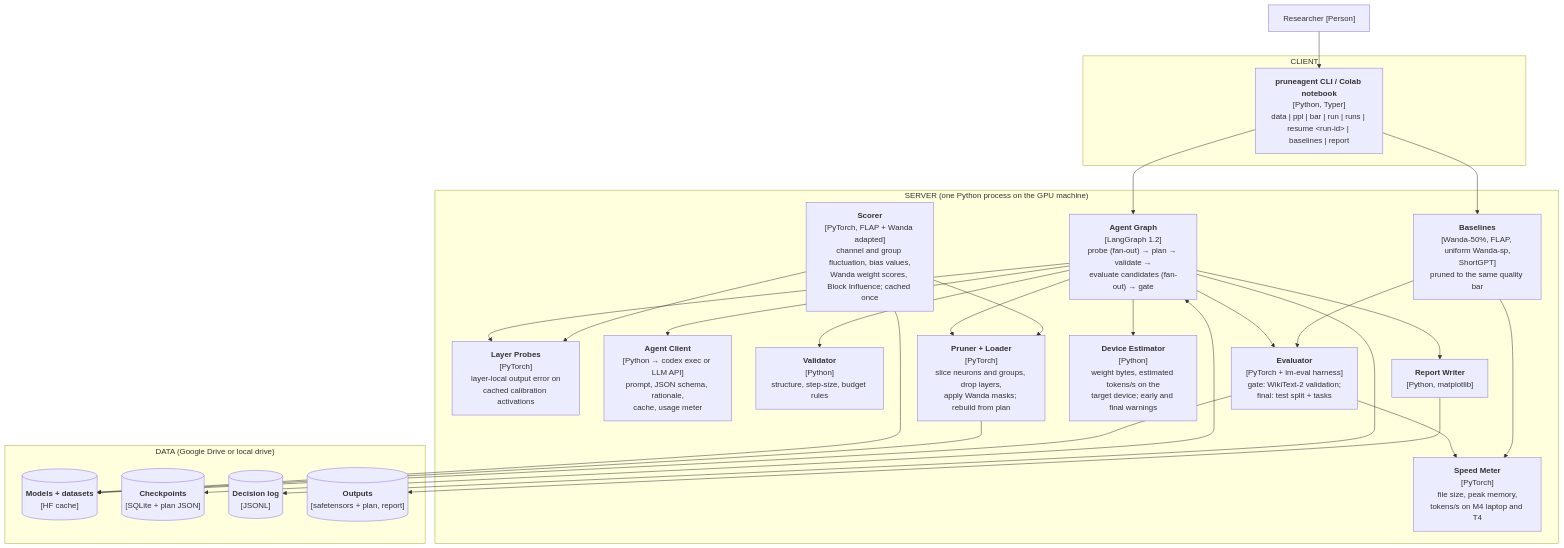
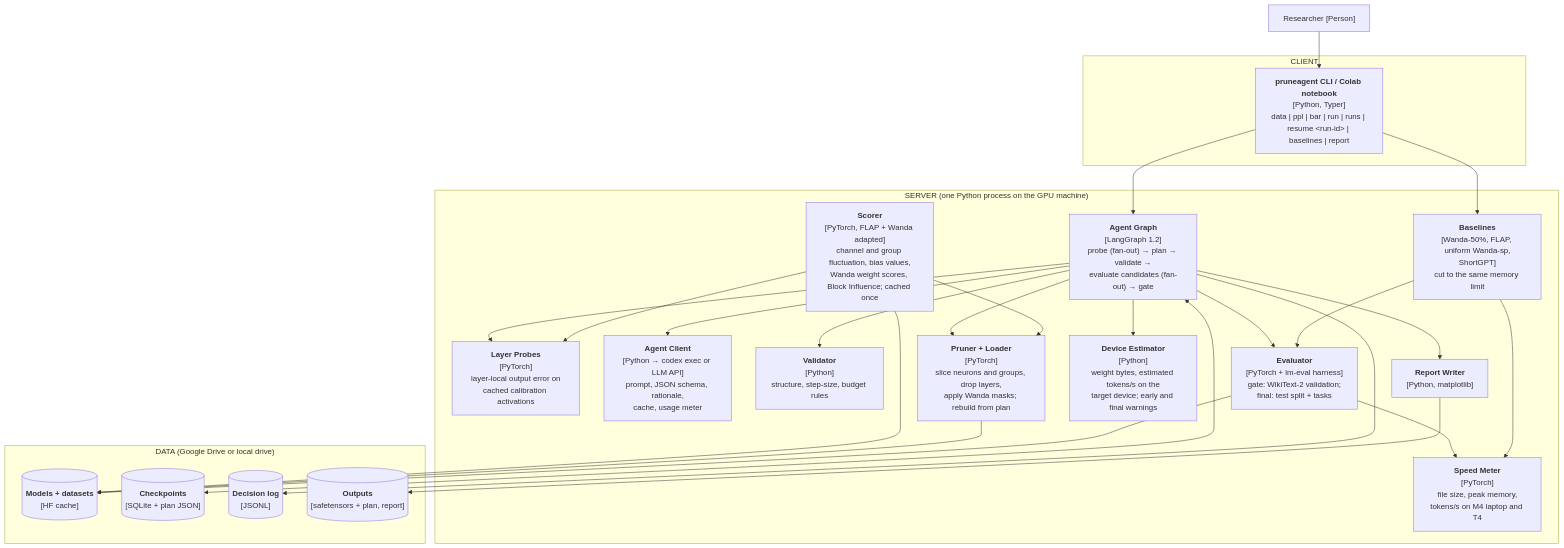
One commit to stephxu96/pruneagent changed the second of 4 diagrams in ARCHITECTURE.md. Above: the diagram before and after it, drawn with Mermaid. The commit also changed other lines of this file, not shown here.

Commit message:
Architecture v0.7: memory limit is a required input, goal is most quality within it; FLAP and Wanda-sp compared at the same memory limit; Baseline: Wanda-50% as reference with no allowance for now

````diff
--- a/ARCHITECTURE.md
+++ b/ARCHITECTURE.md
@@ -182,39 +184,39 @@
 ```mermaid
 flowchart TB
     U["Researcher [Person]"]
 
     subgraph CLIENT["CLIENT"]
         CLI["<b>pruneagent CLI / Colab notebook</b><br/>[Python, Typer]<br/>data | ppl | bar | run | runs | resume &lt;run-id&gt; | baselines | report"]
     end
 
     subgraph SERVER["SERVER (one Python process on the GPU machine)"]
         LG["<b>Agent Graph</b><br/>[LangGraph 1.2]<br/>probe (fan-out) → plan → validate →<br/>evaluate candidates (fan-out) → gate"]
         SC["<b>Scorer</b><br/>[PyTorch, FLAP + Wanda adapted]<br/>channel and group fluctuation, bias values,<br/>Wanda weight scores, Block Influence; cached once"]
         PB["<b>Layer Probes</b><br/>[PyTorch]<br/>layer-local output error on<br/>cached calibration activations"]
         AG["<b>Agent Client</b><br/>[Python → codex exec or LLM API]<br/>prompt, JSON schema, rationale,<br/>cache, usage meter"]
         VA["<b>Validator</b><br/>[Python]<br/>structure, step-size, budget rules"]
         PN["<b>Pruner + Loader</b><br/>[PyTorch]<br/>slice neurons and groups, drop layers,<br/>apply Wanda masks; rebuild from plan"]
         EV["<b>Evaluator</b><br/>[PyTorch + lm-eval harness]<br/>gate: WikiText-2 validation;<br/>final: test split + tasks"]
         DE["<b>Device Estimator</b><br/>[Python]<br/>weight bytes, estimated tokens/s on the<br/>target device; early and final warnings"]
         MM["<b>Speed Meter</b><br/>[PyTorch]<br/>file size, peak memory,<br/>tokens/s on M4 laptop and T4"]
-        BL["<b>Baselines</b><br/>[Wanda-50%, FLAP, uniform Wanda-sp,<br/>ShortGPT]<br/>pruned to the same quality bar"]
+        BL["<b>Baselines</b><br/>[Wanda-50%, FLAP, uniform Wanda-sp,<br/>ShortGPT]<br/>cut to the same memory limit"]
         RP["<b>Report Writer</b><br/>[Python, matplotlib]"]
     end
 
     subgraph DATA["DATA (Google Drive or local drive)"]
         MD[("<b>Models + datasets</b><br/>[HF cache]")]
         CK[("<b>Checkpoints</b><br/>[SQLite + plan JSON]")]
         LOG[("<b>Decision log</b><br/>[JSONL]")]
         OUT[("<b>Outputs</b><br/>[safetensors + plan, report]")]
     end
 
     U --> CLI --> LG
     LG --> PB & AG & VA & PN & EV & DE
     SC --> PB & PN
     CLI --> BL --> EV
     EV & BL --> MM
     LG --> RP --> OUT
     SC & PN & EV --> MD
     LG <--> CK
     LG --> LOG
 ```
````
